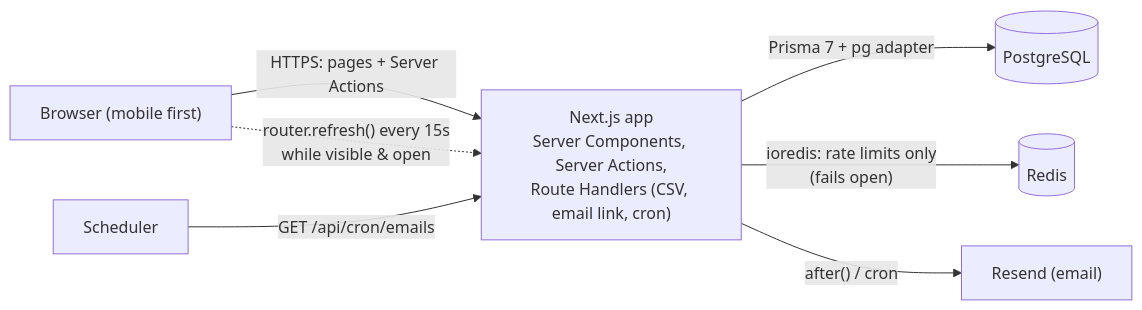
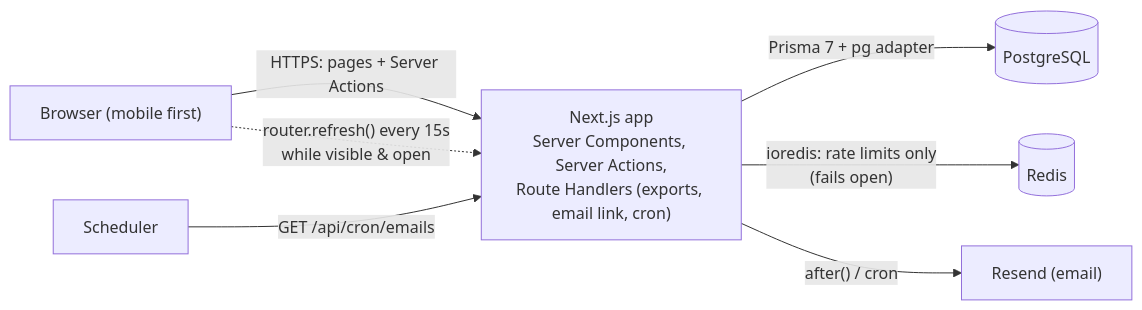
The first of 2 diagrams in README.md (jaykeraliya0/poller), drawn with Mermaid before and after one commit. The commit also changed other lines of this file and 34 other files, not shown here.

First line of the commit message:
feat: archive polls, bulk dashboard actions, and PDF/PNG/JSON exports

````diff
--- a/README.md
+++ b/README.md
@@ -96,9 +96,9 @@
 ```mermaid
 flowchart LR
-  B["Browser (mobile first)"] -- "HTTPS: pages + Server Actions" --> N["Next.js app<br/>Server Components, Server Actions,<br/>Route Handlers (CSV, email link, cron)"]
+  B["Browser (mobile first)"] -- "HTTPS: pages + Server Actions" --> N["Next.js app<br/>Server Components, Server Actions,<br/>Route Handlers (exports, email link, cron)"]
   N -- Prisma 7 + pg adapter --> P[(PostgreSQL)]
   N -- "ioredis: rate limits only<br/>(fails open)" --> R[(Redis)]
   N -- "after() / cron" --> E["Resend (email)"]
   C["Scheduler"] -- "GET /api/cron/emails" --> N
   B -. "router.refresh() every 15s<br/>while visible & open" .-> N
 ```
````
